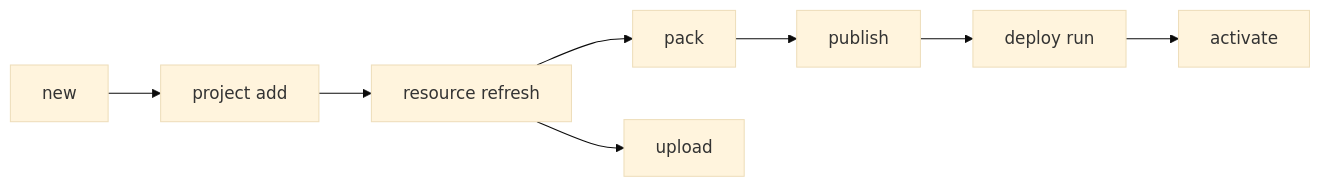
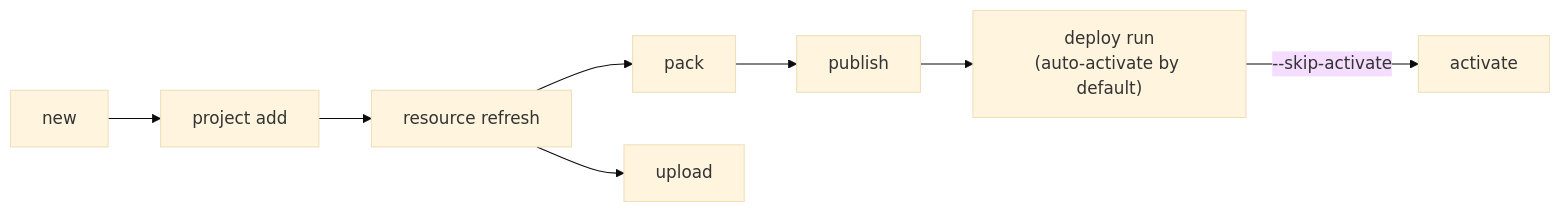
One commit to UiPath/skills changed the diagram in skills/uipath-platform/references/solution/solution.md. Above: the diagram before and after it, drawn with Mermaid (base theme). The commit also changed other lines of this file and 2 other files, not shown here.

````diff
--- a/skills/uipath-platform/references/solution/solution.md
+++ b/skills/uipath-platform/references/solution/solution.md
@@ -34,10 +34,10 @@
 ```mermaid
 graph LR
     A[new] --> B[project add]
     B --> C[resource refresh]
     C --> D[pack]
     D --> E[publish]
-    E --> F[deploy run]
-    F --> G[activate]
+    E --> F["deploy run<br/>(auto-activate by default)"]
+    F -->|--skip-activate| G[activate]
     C --> H[upload]
 ```
````
